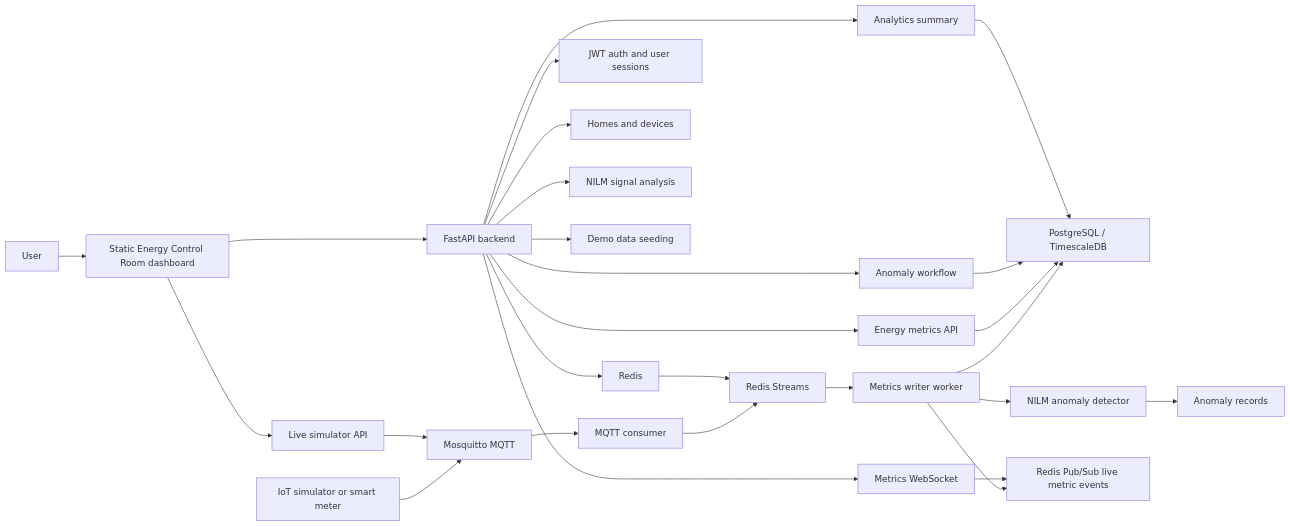
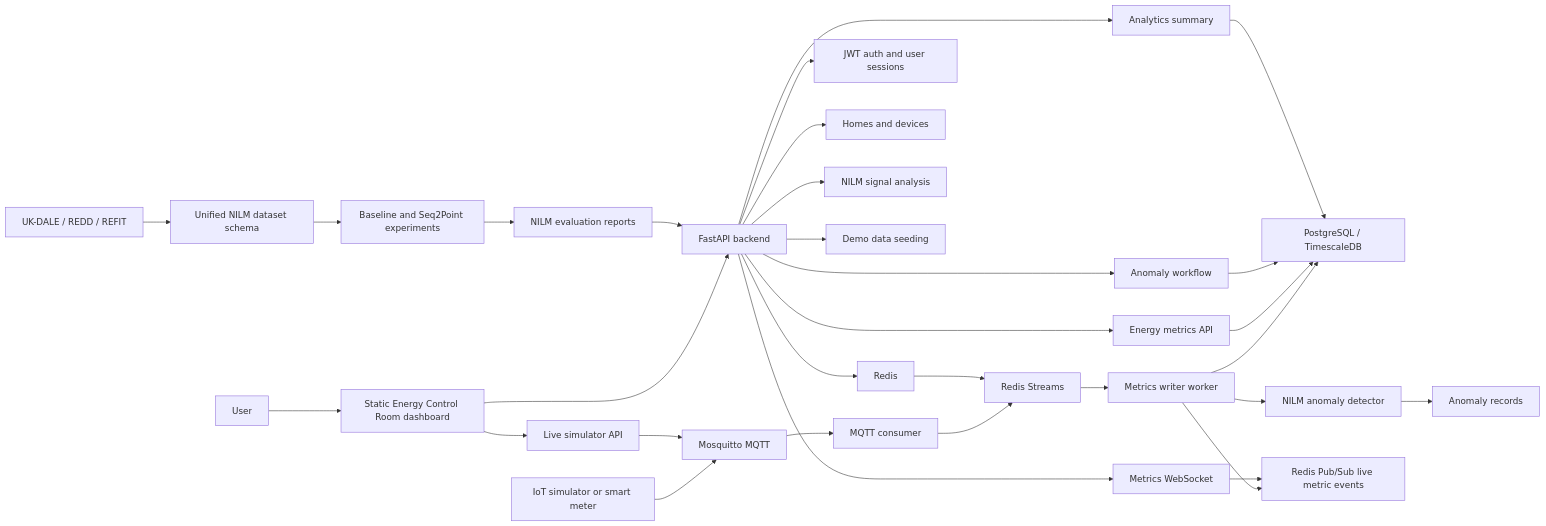
Before and after one commit to bondikk/nilm-energy-analytics-platform: the diagram in README.md, drawn with Mermaid. The commit also changed other lines of this file and 32 other files, not shown here.

Commit message:
feat: add dataset-based NILM disaggregation foundation

````diff
--- a/README.md
+++ b/README.md
@@ -62,30 +65,34 @@
 ```mermaid
 flowchart LR
   Simulator["IoT simulator or smart meter"] --> MQTT["Mosquitto MQTT"]
   Frontend --> SimAPI["Live simulator API"]
   SimAPI --> MQTT
   MQTT --> Consumer["MQTT consumer"]
   Consumer --> Stream["Redis Streams"]
   Stream --> Writer["Metrics writer worker"]
   Writer --> DB["PostgreSQL / TimescaleDB"]
   Writer --> Detector["NILM anomaly detector"]
   Detector --> AnomaliesDB["Anomaly records"]
   Writer --> LiveBus["Redis Pub/Sub live metric events"]
 
   User["User"] --> Frontend["Static Energy Control Room dashboard"]
   Frontend --> API["FastAPI backend"]
   API --> WS["Metrics WebSocket"]
   WS --> LiveBus
   API --> Auth["JWT auth and user sessions"]
   API --> Homes["Homes and devices"]
   API --> Metrics["Energy metrics API"]
   API --> Anomalies["Anomaly workflow"]
   API --> Analytics["Analytics summary"]
   API --> NILM["NILM signal analysis"]
   API --> Demo["Demo data seeding"]
+  Dataset["UK-DALE / REDD / REFIT"] --> Converter["Unified NILM dataset schema"]
+  Converter --> Models["Baseline and Seq2Point experiments"]
+  Models --> Reports["NILM evaluation reports"]
+  Reports --> API
   Metrics --> DB
   Anomalies --> DB
   Analytics --> DB
   API --> Redis["Redis"]
   Redis --> Stream
 ```
````
